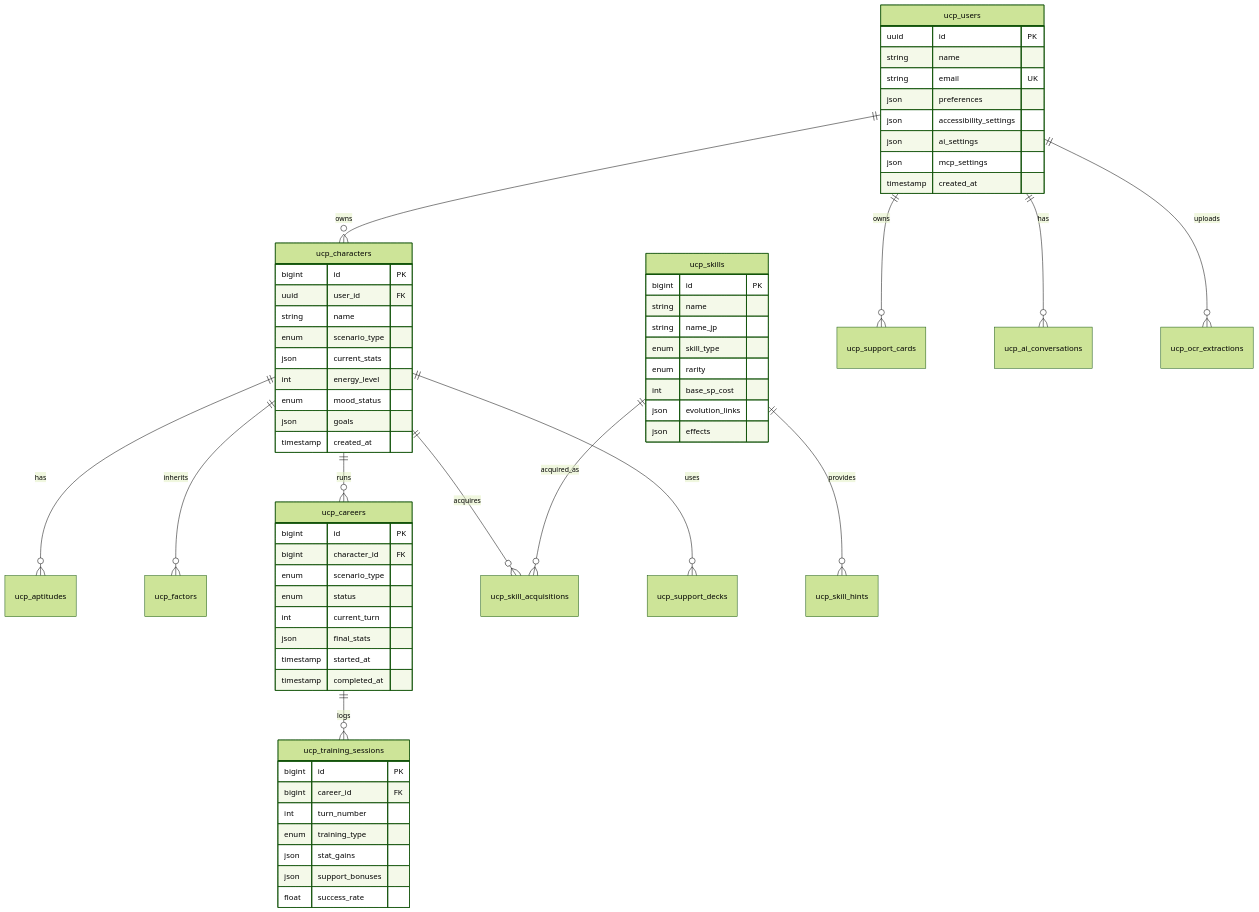
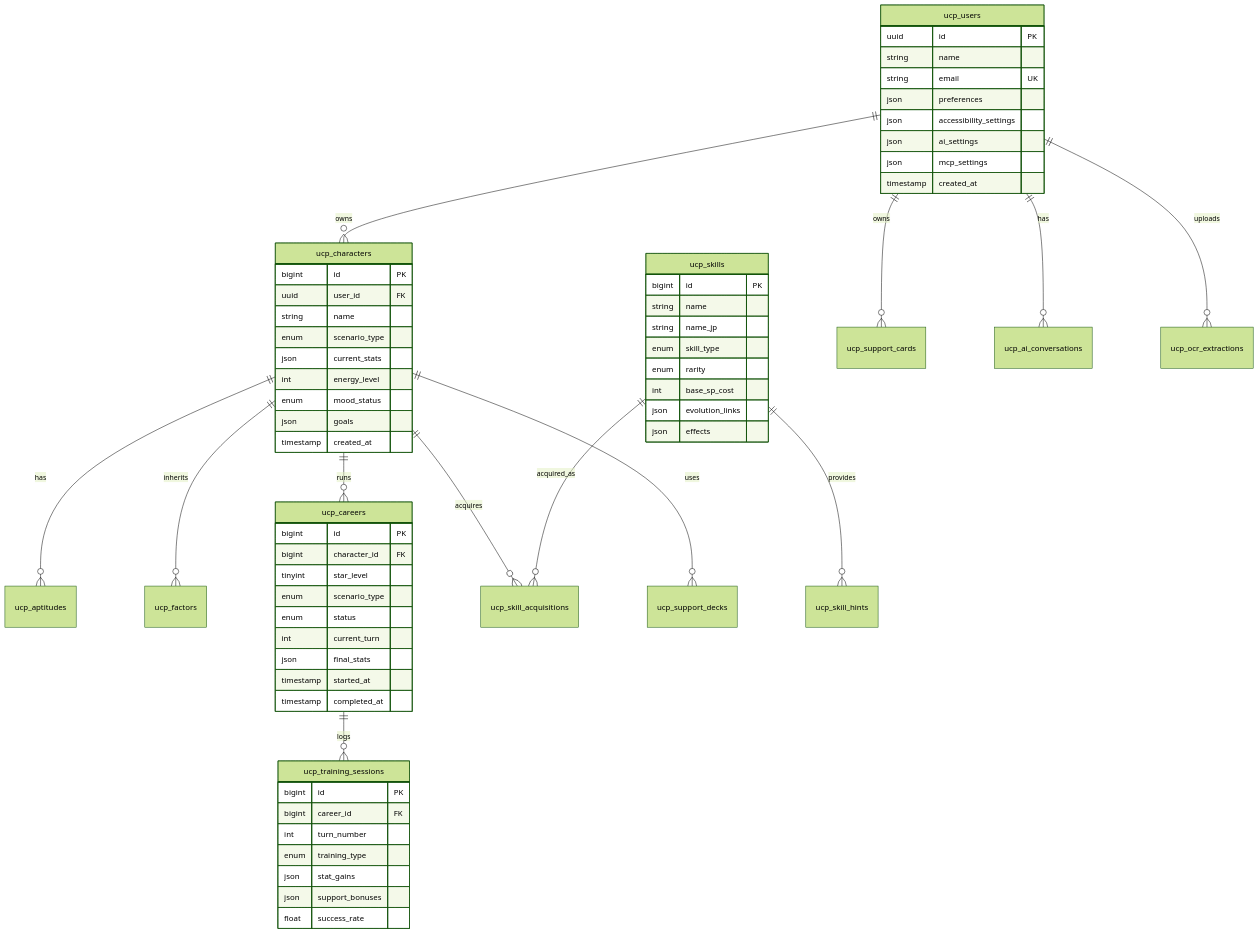
The second of 6 diagrams in docs/00-core-docs/009_DBD_Database_Documentation.md (exatfrds67/umamusume-career-planner), drawn with Mermaid (forest theme) before and after one commit. The commit also changed other lines of this file and 17 other files, not shown here.

````diff
--- a/docs/00-core-docs/009_DBD_Database_Documentation.md
+++ b/docs/00-core-docs/009_DBD_Database_Documentation.md
@@ -168,72 +168,73 @@
 ```mermaid
 erDiagram
     ucp_users ||--o{ ucp_characters : owns
     ucp_characters ||--o{ ucp_aptitudes : has
     ucp_characters ||--o{ ucp_factors : inherits
     ucp_characters ||--o{ ucp_careers : runs
     ucp_characters ||--o{ ucp_skill_acquisitions : acquires
     ucp_characters ||--o{ ucp_support_decks : uses
 
     ucp_careers ||--o{ ucp_training_sessions : logs
     ucp_skills ||--o{ ucp_skill_hints : provides
     ucp_skills ||--o{ ucp_skill_acquisitions : acquired_as
 
     ucp_users ||--o{ ucp_support_cards : owns
     ucp_users ||--o{ ucp_ai_conversations : has
     ucp_users ||--o{ ucp_ocr_extractions : uploads
 
     ucp_users {
         uuid id PK
         string name
         string email UK
         json preferences
         json accessibility_settings
         json ai_settings
         json mcp_settings
         timestamp created_at
     }
 
     ucp_characters {
         bigint id PK
         uuid user_id FK
         string name
         enum scenario_type
         json current_stats
         int energy_level
         enum mood_status
         json goals
         timestamp created_at
     }
 
     ucp_careers {
         bigint id PK
         bigint character_id FK
+        tinyint star_level
         enum scenario_type
         enum status
         int current_turn
         json final_stats
         timestamp started_at
         timestamp completed_at
     }
 
     ucp_skills {
         bigint id PK
         string name
         string name_jp
         enum skill_type
         enum rarity
         int base_sp_cost
         json evolution_links
         json effects
     }
 
     ucp_training_sessions {
         bigint id PK
         bigint career_id FK
         int turn_number
         enum training_type
         json stat_gains
         json support_bonuses
         float success_rate
     }
 ```
````
